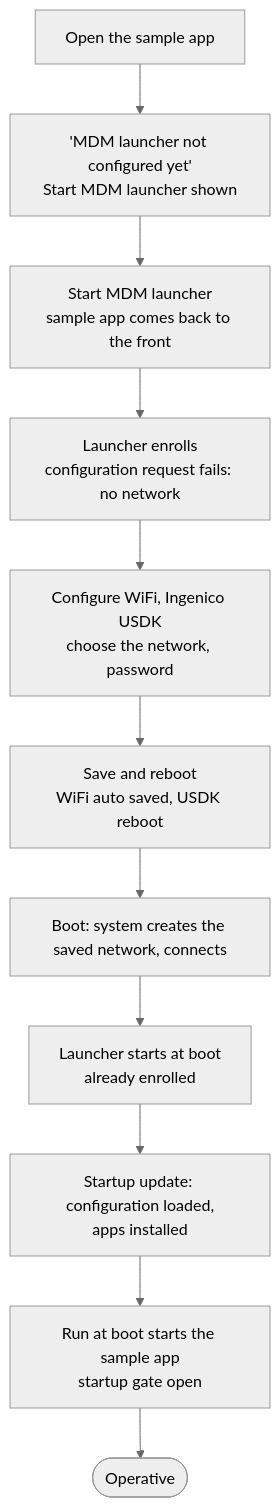
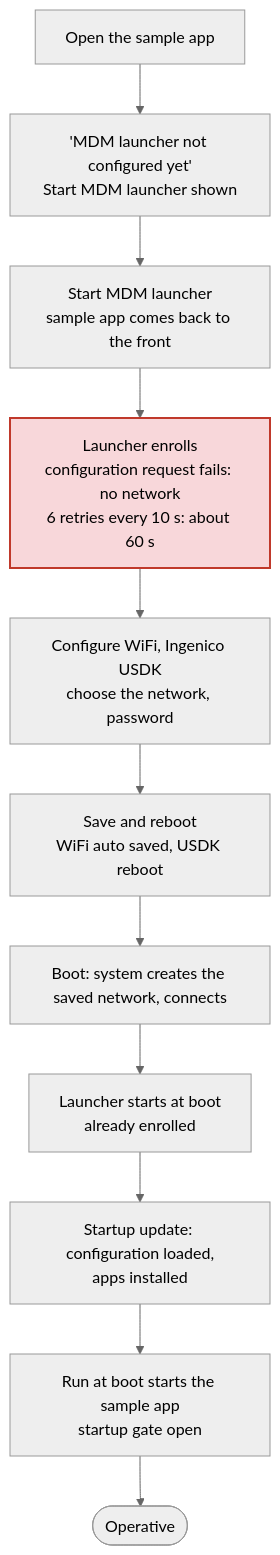
The sixth of 6 diagrams in docs/wifi-setup.md (rch-fw/HmdmChangeDeviceNumber), drawn with Mermaid (neutral theme) before and after one commit. The commit also changed other lines of this file, not shown here.

Commit message:
Docs: highlight in red the steps where the launcher's retries add about 60 s

````diff
--- a/docs/wifi-setup.md
+++ b/docs/wifi-setup.md
@@ -272,13 +278,15 @@
 ```mermaid
 flowchart TD
     A[Open the sample app] --> B['MDM launcher not configured yet'<br/>Start MDM launcher shown]
     B --> C[Start MDM launcher<br/>sample app comes back to the front]
-    C --> D[Launcher enrolls<br/>configuration request fails: no network]
+    C --> D[Launcher enrolls<br/>configuration request fails: no network<br/>6 retries every 10 s: about 60 s]
     D --> E[Configure WiFi, Ingenico USDK<br/>choose the network, password]
     E --> F[Save and reboot<br/>WiFi auto saved, USDK reboot]
     F --> G[Boot: system creates the saved network, connects]
     G --> H[Launcher starts at boot<br/>already enrolled]
     H --> I[Startup update: configuration loaded,<br/>apps installed]
     I --> J[Run at boot starts the sample app<br/>startup gate open]
     J --> K([Operative])
+    classDef delay60 fill:#f8d7da,stroke:#c0392b,stroke-width:2px,color:#000
+    class D delay60
 ```
````
